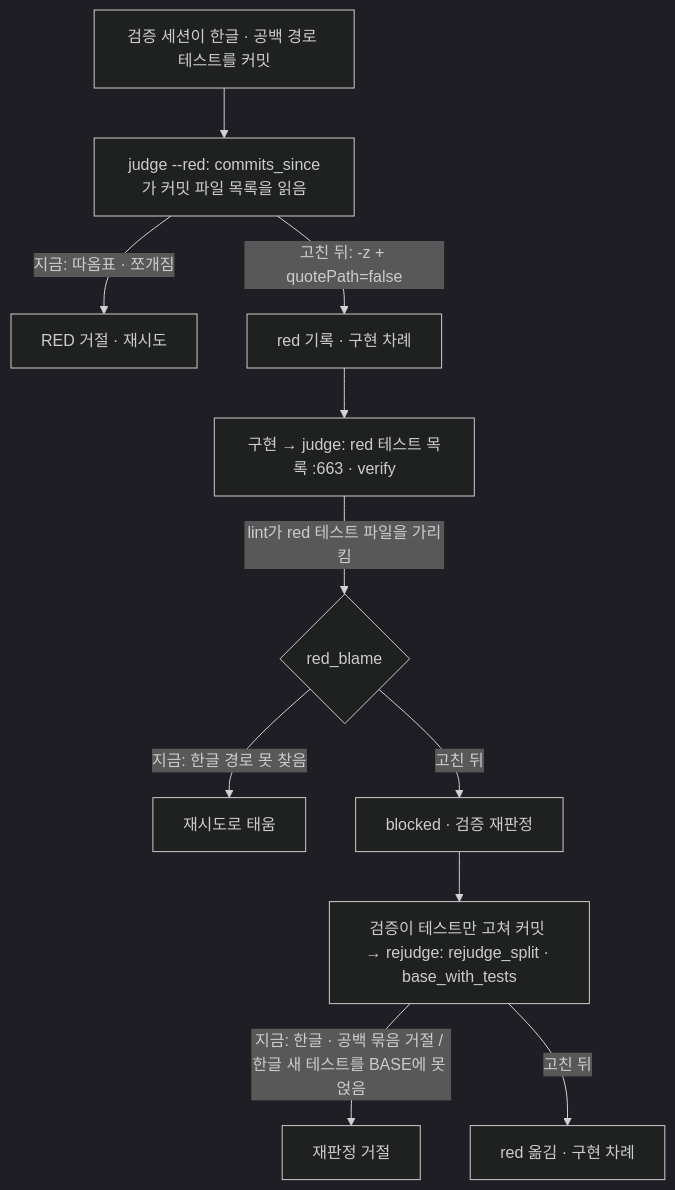
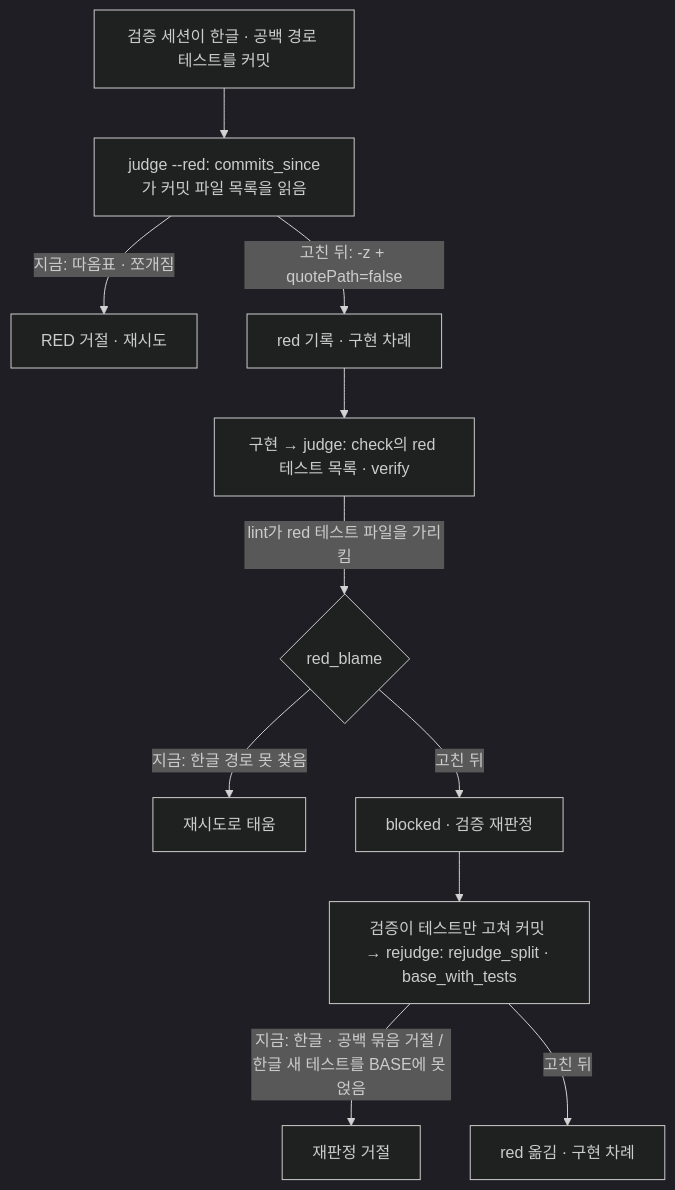
The diagram in docs/runner-path-quote-2026-11-28/PRD.md (jtwjs/claude-harness), drawn with Mermaid (dark theme) before and after one commit. The commit also changed other lines of this file and 2 other files, not shown here.

````diff
--- a/docs/runner-path-quote-2026-11-28/PRD.md
+++ b/docs/runner-path-quote-2026-11-28/PRD.md
@@ -23,13 +23,13 @@
 ```mermaid
 flowchart TD
   T[검증 세션이 한글 · 공백 경로 테스트를 커밋] --> R[judge --red: commits_since가 커밋 파일 목록을 읽음]
   R -->|지금: 따옴표 · 쪼개짐| X1[RED 거절 · 재시도]
   R -->|고친 뒤: -z + quotePath=false| OK1[red 기록 · 구현 차례]
-  OK1 --> I[구현 → judge: red 테스트 목록 :663 · verify]
+  OK1 --> I[구현 → judge: check의 red 테스트 목록 · verify]
   I -->|lint가 red 테스트 파일을 가리킴| B{red_blame}
   B -->|지금: 한글 경로 못 찾음| X2[재시도로 태움]
   B -->|고친 뒤| BL[blocked · 검증 재판정]
   BL --> F[검증이 테스트만 고쳐 커밋 → rejudge: rejudge_split · base_with_tests]
   F -->|지금: 한글 · 공백 묶음 거절 / 한글 새 테스트를 BASE에 못 얹음| X3[재판정 거절]
   F -->|고친 뒤| OK2[red 옮김 · 구현 차례]
 ```
````
